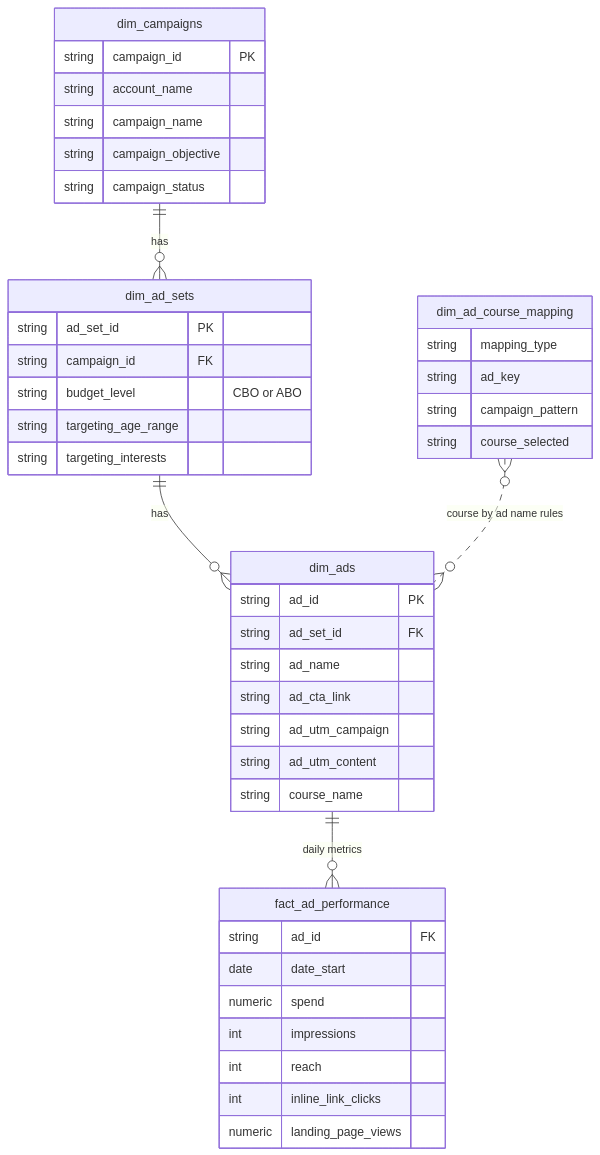
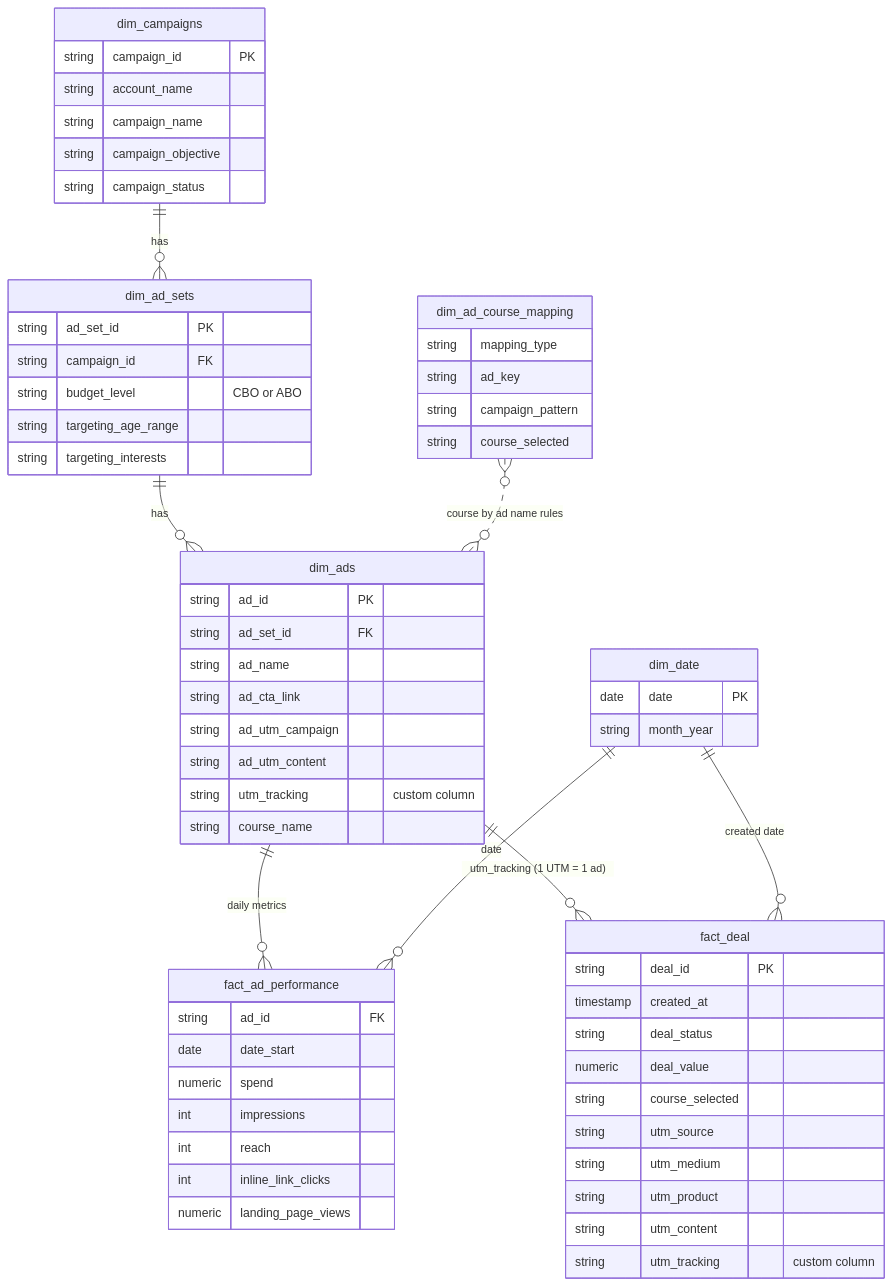
One commit to tuhoang3112/fb-ads-lead-attribution changed the second of 2 diagrams in README.md. Above: the diagram before and after it, drawn with Mermaid. The commit also changed other lines of this file and 2 other files, not shown here.

Commit message:
README: Power BI data model with all tables, shorter course mapping note
* Add dim_date to the mart; extend the data model diagram with fact_deal and dim_date

Claude-Session: https://claude.ai/code/session_01FE233U4YTNJntBW99dBEpw

* Describe the Power BI data model with all tables; keep dim_date out of the mart

Claude-Session: https://claude.ai/code/session_01FE233U4YTNJntBW99dBEpw

* Data model: join ads and leads on a single utm_tracking column

Claude-Session: https://claude.ai/code/session_01FE233U4YTNJntBW99dBEpw

* README: short course mapping rationale; sample table moved to the transform README

Claude-Session: https://claude.ai/code/session_01FE233U4YTNJntBW99dBEpw

---------

````diff
--- a/README.md
+++ b/README.md
@@ -111,46 +111,66 @@
 ```mermaid
 erDiagram
   dim_campaigns ||--o{ dim_ad_sets : "has"
   dim_ad_sets ||--o{ dim_ads : "has"
   dim_ads ||--o{ fact_ad_performance : "daily metrics"
   dim_ad_course_mapping }o..o{ dim_ads : "course by ad name rules"
+  dim_ads ||--o{ fact_deal : "utm_tracking (1 UTM = 1 ad)"
+  dim_date ||--o{ fact_ad_performance : "date"
+  dim_date ||--o{ fact_deal : "created date"
 
   dim_campaigns {
     string campaign_id PK
     string account_name
     string campaign_name
     string campaign_objective
     string campaign_status
   }
   dim_ad_sets {
     string ad_set_id PK
     string campaign_id FK
     string budget_level "CBO or ABO"
     string targeting_age_range
     string targeting_interests
   }
   dim_ads {
     string ad_id PK
     string ad_set_id FK
     string ad_name
     string ad_cta_link
     string ad_utm_campaign
     string ad_utm_content
+    string utm_tracking "custom column"
     string course_name
   }
   fact_ad_performance {
     string ad_id FK
     date date_start
     numeric spend
     int impressions
     int reach
     int inline_link_clicks
     numeric landing_page_views
   }
   dim_ad_course_mapping {
     string mapping_type
     string ad_key
     string campaign_pattern
     string course_selected
   }
+  fact_deal {
+    string deal_id PK
+    timestamp created_at
+    string deal_status
+    numeric deal_value
+    string course_selected
+    string utm_source
+    string utm_medium
+    string utm_product
+    string utm_content
+    string utm_tracking "custom column"
+  }
+  dim_date {
+    date date PK
+    string month_year
+  }
 ```
````
